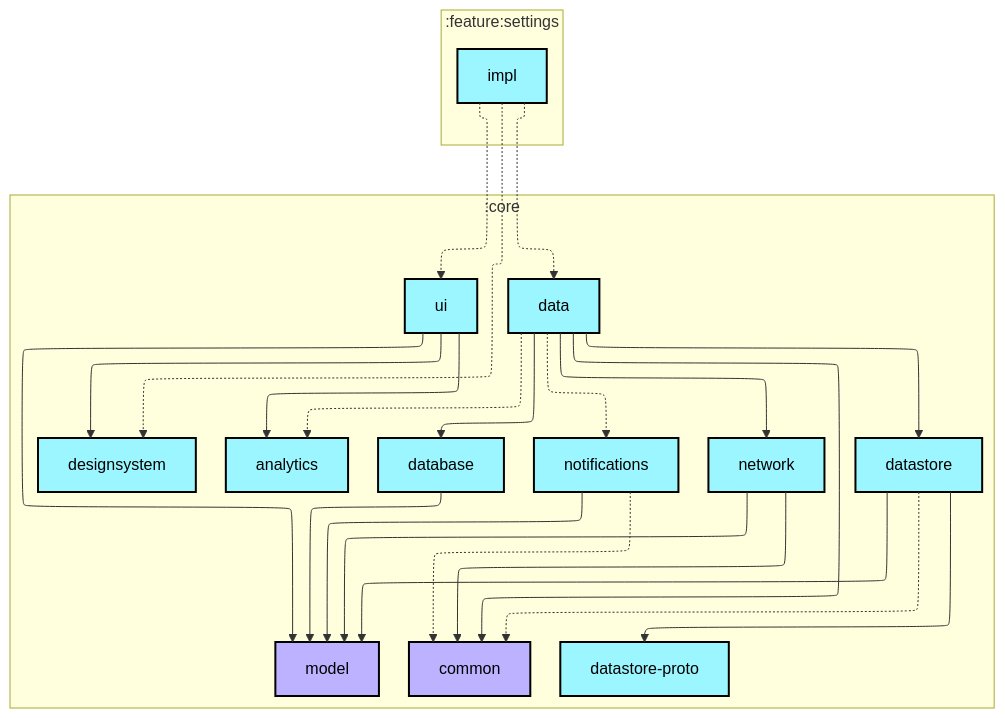
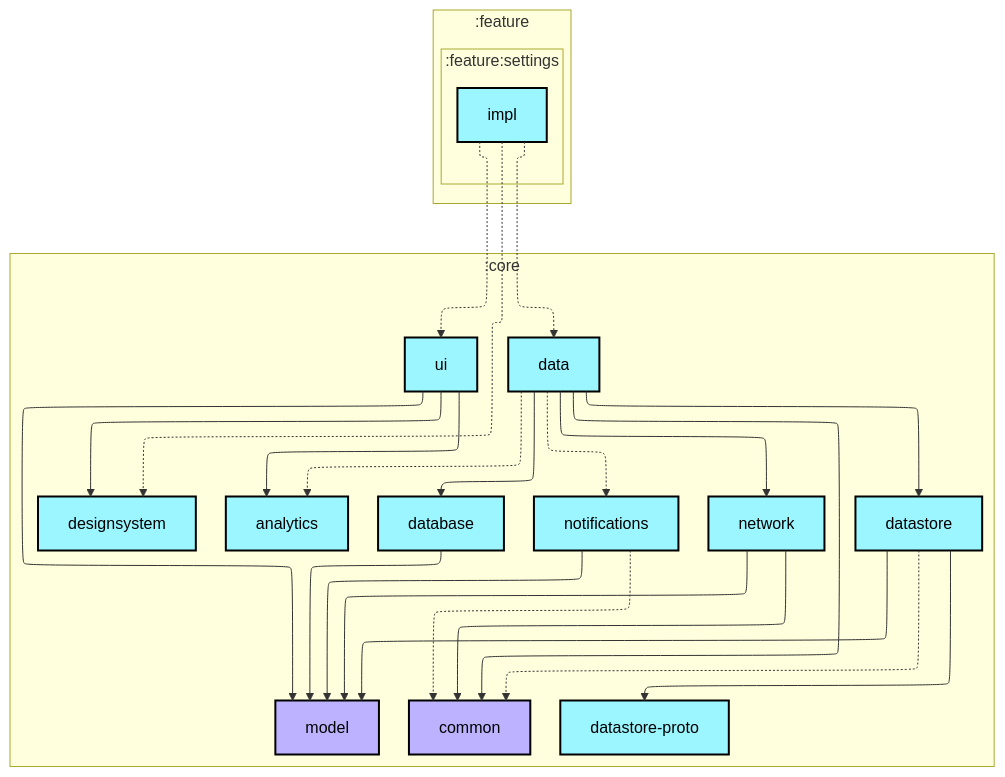
One commit to android/nowinandroid changed the first of 2 diagrams in feature/settings/impl/README.md. Above: the diagram before and after it, drawn with Mermaid. The commit also changed 12 other files, not shown here.

Commit message:
Fix module graph generation.

````diff
--- a/feature/settings/impl/README.md
+++ b/feature/settings/impl/README.md
@@ -6,55 +6,58 @@
 ```mermaid
 ---
 config:
   layout: elk
   elk:
     nodePlacementStrategy: SIMPLE
 ---
 graph TB
+  subgraph :feature
+    direction TB
+    subgraph :feature:settings
+      direction TB
+      :feature:settings:impl[impl]:::android-library
+    end
+  end
   subgraph :core
     direction TB
     :core:analytics[analytics]:::android-library
     :core:common[common]:::jvm-library
     :core:data[data]:::android-library
     :core:database[database]:::android-library
     :core:datastore[datastore]:::android-library
     :core:datastore-proto[datastore-proto]:::android-library
     :core:designsystem[designsystem]:::android-library
     :core:model[model]:::jvm-library
     :core:network[network]:::android-library
     :core:notifications[notifications]:::android-library
     :core:ui[ui]:::android-library
-  end
-  subgraph :feature:settings
-    direction TB
-    :feature:settings:impl[impl]:::android-library
   end
 
   :core:data -.-> :core:analytics
   :core:data --> :core:common
   :core:data --> :core:database
   :core:data --> :core:datastore
   :core:data --> :core:network
   :core:data -.-> :core:notifications
   :core:database --> :core:model
   :core:datastore -.-> :core:common
   :core:datastore --> :core:datastore-proto
   :core:datastore --> :core:model
   :core:network --> :core:common
   :core:network --> :core:model
   :core:notifications -.-> :core:common
   :core:notifications --> :core:model
   :core:ui --> :core:analytics
   :core:ui --> :core:designsystem
   :core:ui --> :core:model
   :feature:settings:impl -.-> :core:data
   :feature:settings:impl -.-> :core:designsystem
   :feature:settings:impl -.-> :core:ui
 
 classDef android-application fill:#CAFFBF,stroke:#000,stroke-width:2px,color:#000;
 classDef android-feature fill:#FFD6A5,stroke:#000,stroke-width:2px,color:#000;
 classDef android-library fill:#9BF6FF,stroke:#000,stroke-width:2px,color:#000;
 classDef android-test fill:#A0C4FF,stroke:#000,stroke-width:2px,color:#000;
 classDef jvm-library fill:#BDB2FF,stroke:#000,stroke-width:2px,color:#000;
 classDef unknown fill:#FFADAD,stroke:#000,stroke-width:2px,color:#000;
 ```
````
